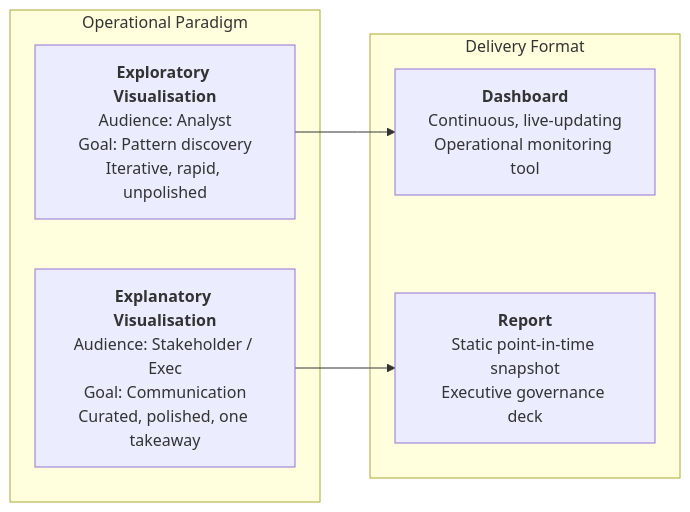
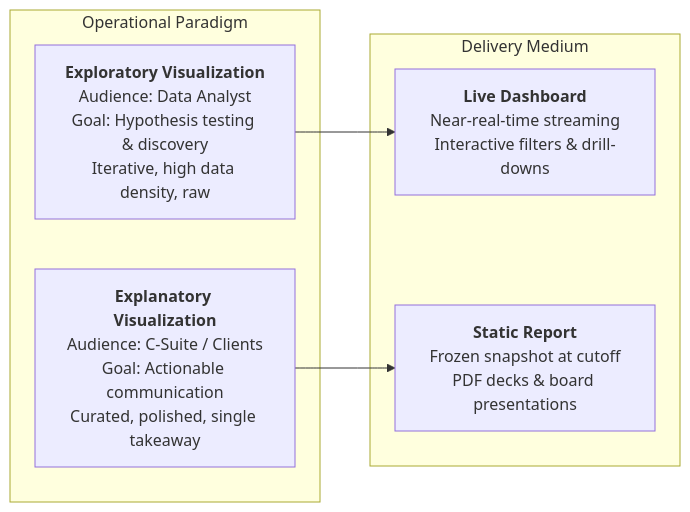
One commit to DeepLumiere/DeepSkills changed the seventh of 9 diagrams in notes/data_analysis/Chapter8_Business_Data_Visualization_Definition_Purpose_Usage.md. Above: the diagram before and after it, drawn with Mermaid. The commit also changed other lines of this file and 8 other files, not shown here.

Commit message:
feat: initialize business data analysis course notes and supplementary visualization tools

````diff
--- a/notes/data_analysis/Chapter8_Business_Data_Visualization_Definition_Purpose_Usage.md
+++ b/notes/data_analysis/Chapter8_Business_Data_Visualization_Definition_Purpose_Usage.md
@@ -316,13 +216,13 @@
 ```mermaid
 flowchart LR
-    subgraph Mindset["Operational Paradigm"]
-        EX1["<b>Exploratory Visualisation</b><br/>Audience: Analyst<br/>Goal: Pattern discovery<br/>Iterative, rapid, unpolished"]
-        EX2["<b>Explanatory Visualisation</b><br/>Audience: Stakeholder / Exec<br/>Goal: Communication<br/>Curated, polished, one takeaway"]
+    subgraph Paradigm["Operational Paradigm"]
+        EX1["<b>Exploratory Visualization</b><br/>Audience: Data Analyst<br/>Goal: Hypothesis testing & discovery<br/>Iterative, high data density, raw"]
+        EX2["<b>Explanatory Visualization</b><br/>Audience: C-Suite / Clients<br/>Goal: Actionable communication<br/>Curated, polished, single takeaway"]
     end
-    subgraph Delivery["Delivery Format"]
-        D1["<b>Dashboard</b><br/>Continuous, live-updating<br/>Operational monitoring tool"]
-        D2["<b>Report</b><br/>Static point-in-time snapshot<br/>Executive governance deck"]
+    subgraph Delivery["Delivery Medium"]
+        D1["<b>Live Dashboard</b><br/>Near-real-time streaming<br/>Interactive filters & drill-downs"]
+        D2["<b>Static Report</b><br/>Frozen snapshot at cutoff<br/>PDF decks & board presentations"]
     end
     EX1 --> D1
     EX2 --> D2
 ```
````
